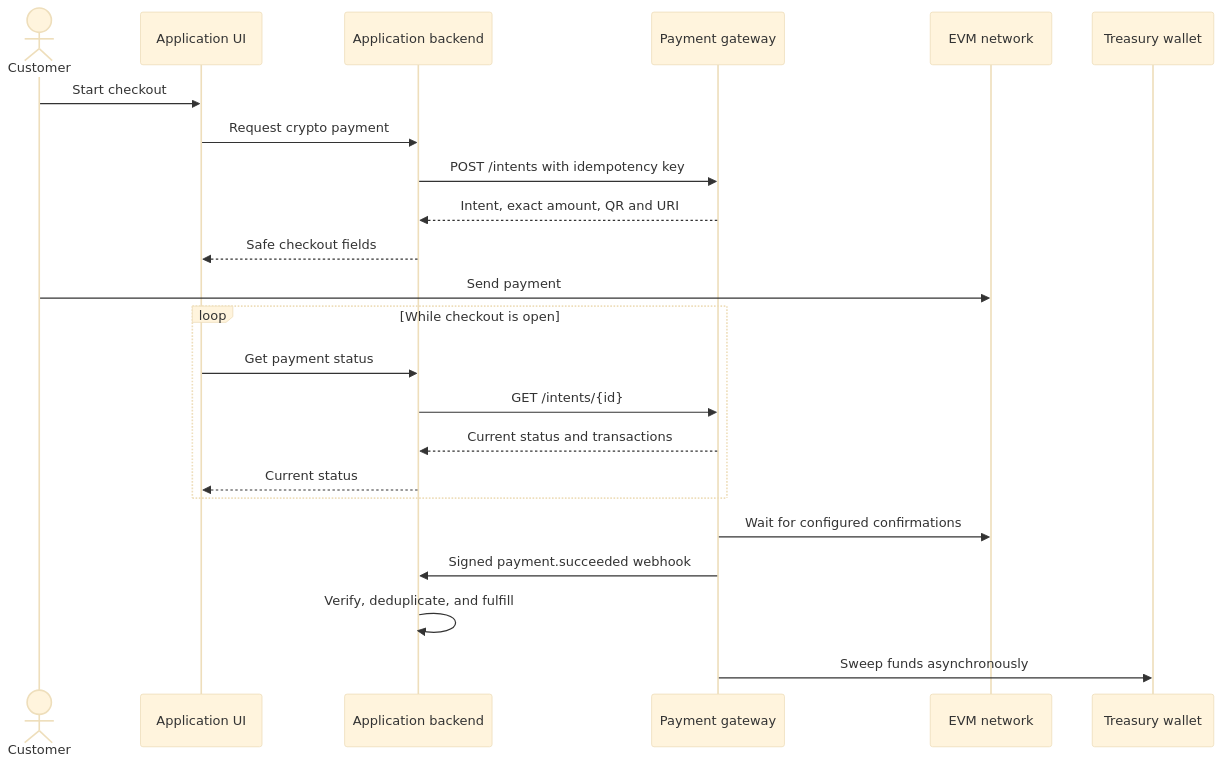
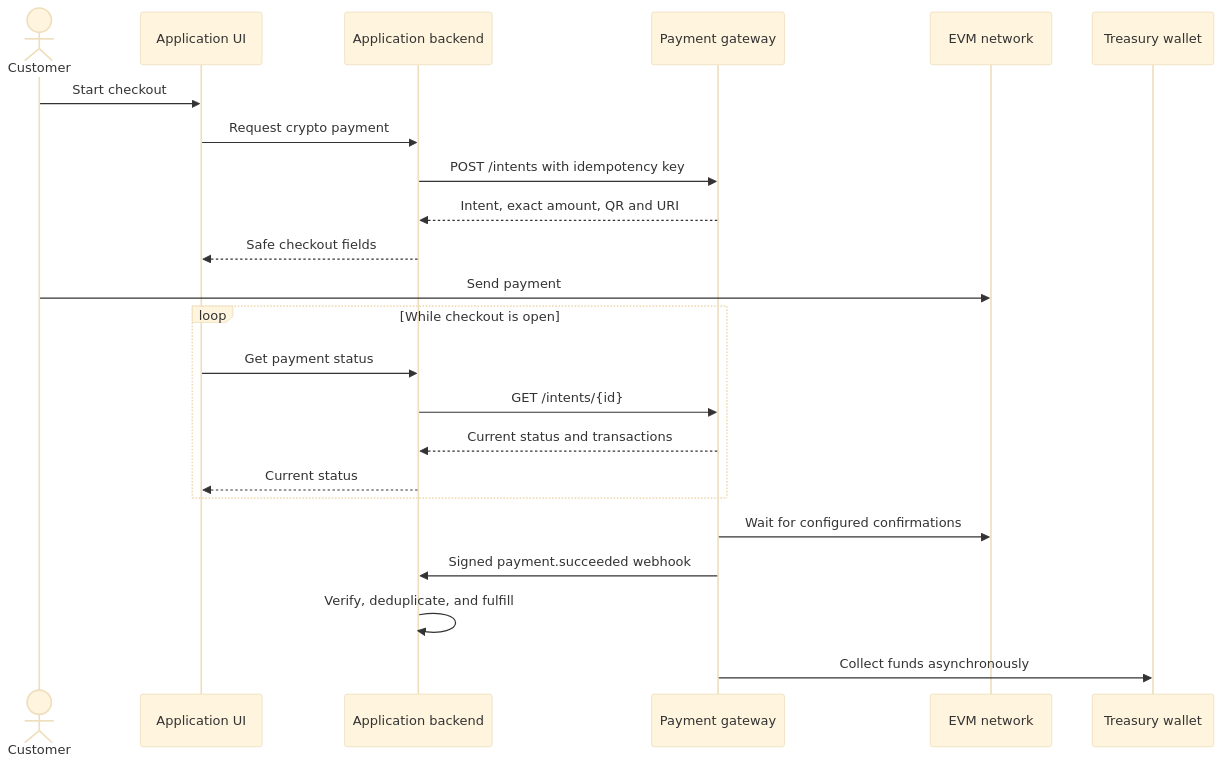
Before and after one commit to ifokeev/evm-payment-gateway: the second of 4 diagrams in INTEGRATION.md, drawn with Mermaid (base theme). The commit also changed other lines of this file and 44 other files, not shown here.

````diff
--- a/INTEGRATION.md
+++ b/INTEGRATION.md
@@ -153,26 +158,26 @@
 ```mermaid
 sequenceDiagram
     actor Customer
     participant UI as Application UI
     participant App as Application backend
     participant Gateway as Payment gateway
     participant Chain as EVM network
     participant Treasury as Treasury wallet
 
     Customer->>UI: Start checkout
     UI->>App: Request crypto payment
     App->>Gateway: POST /intents with idempotency key
     Gateway-->>App: Intent, exact amount, QR and URI
     App-->>UI: Safe checkout fields
     Customer->>Chain: Send payment
     loop While checkout is open
         UI->>App: Get payment status
         App->>Gateway: GET /intents/{id}
         Gateway-->>App: Current status and transactions
         App-->>UI: Current status
     end
     Gateway->>Chain: Wait for configured confirmations
     Gateway->>App: Signed payment.succeeded webhook
     App->>App: Verify, deduplicate, and fulfill
-    Gateway->>Treasury: Sweep funds asynchronously
+    Gateway->>Treasury: Collect funds asynchronously
 ```
````
